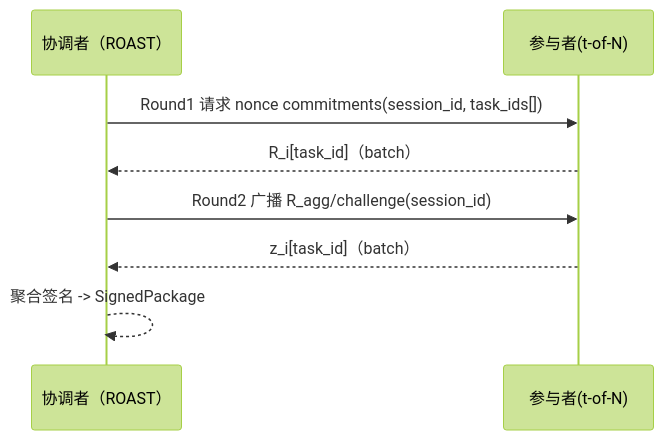
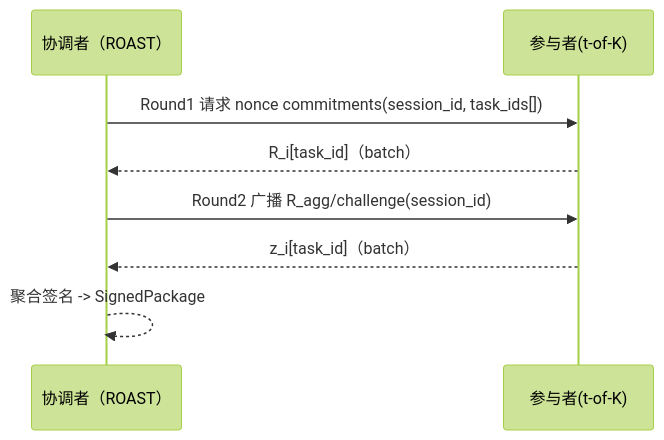
Before and after one commit to davidLeeeeeeeeeeee/dex: the ninth of 9 diagrams in frost/design.md, drawn with Mermaid (forest theme). The commit also changed other lines of this file, not shown here.

````diff
--- a/frost/design.md
+++ b/frost/design.md
@@ -1015,11 +1182,11 @@
 ```mermaid
 sequenceDiagram
   participant CO as 协调者（ROAST）
-  participant S as 参与者(t-of-N)
+  participant S as 参与者(t-of-K)
 
   CO->>S: Round1 请求 nonce commitments(session_id, task_ids[])
   S-->>CO: R_i[task_id]（batch）
   CO->>S: Round2 广播 R_agg/challenge(session_id)
   S-->>CO: z_i[task_id]（batch）
   CO-->>CO: 聚合签名 -> SignedPackage
 ```
````
